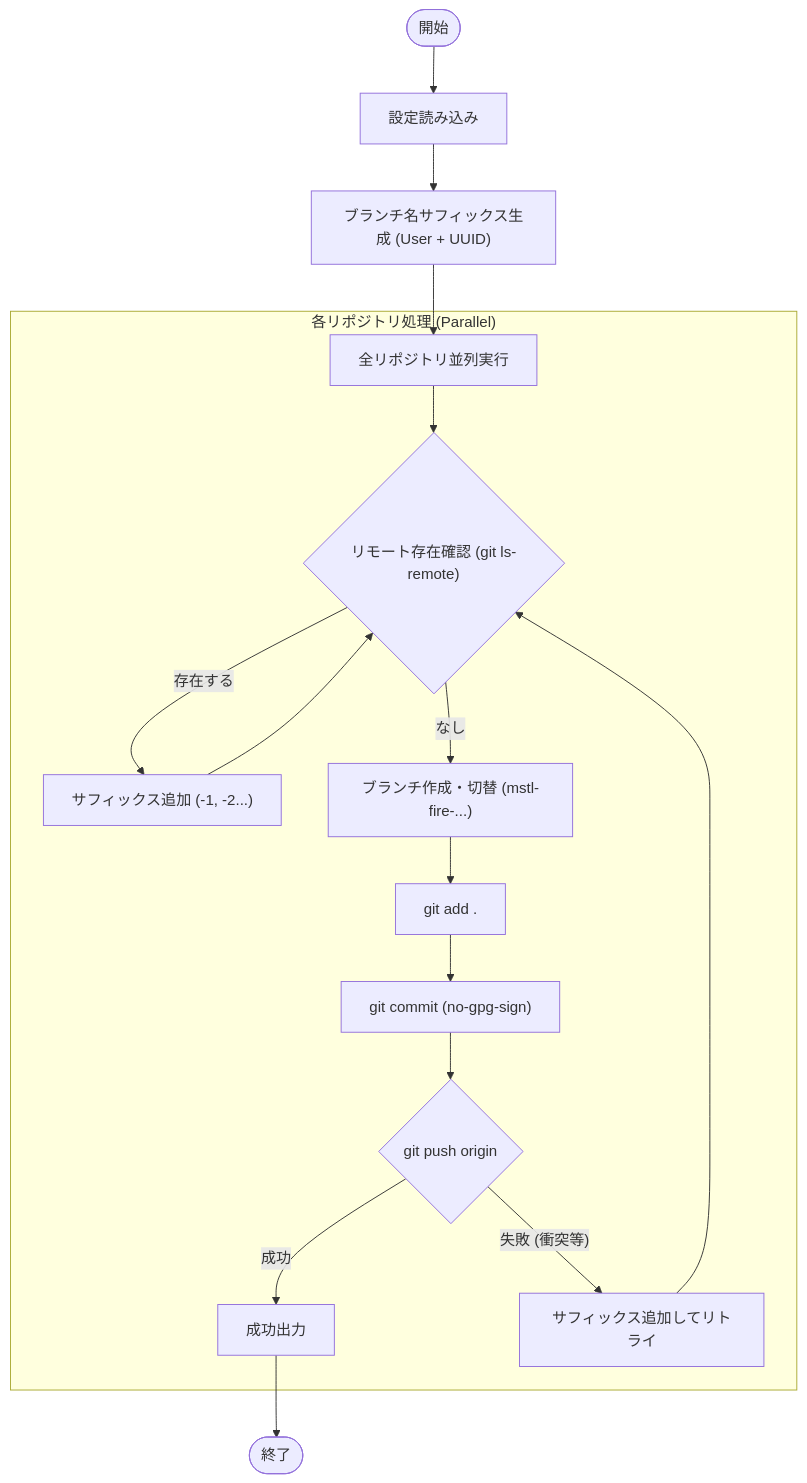
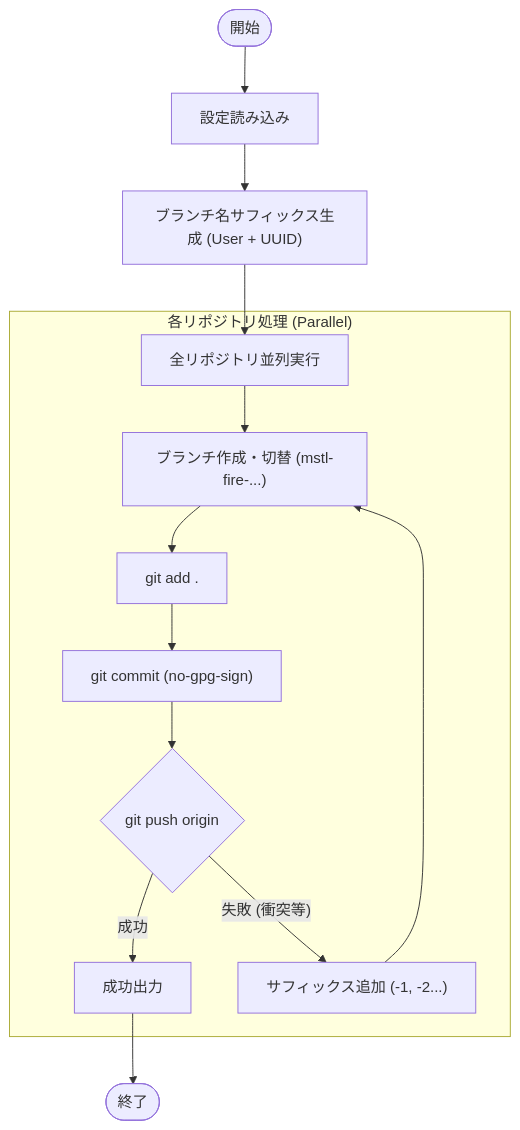
Before and after one commit to keiji/mistletoe: the diagram in docs/internal/app/fire.md, drawn with Mermaid. The commit also changed other lines of this file and 2 other files, not shown here.

First line of the commit message:
Add fire subcommand for emergency backup

````diff
--- a/docs/internal/app/fire.md
+++ b/docs/internal/app/fire.md
@@ -28,23 +28,20 @@
 ```mermaid
 flowchart TD
     Start(["開始"]) --> LoadConfig["設定読み込み"]
     LoadConfig --> GenerateSuffix["ブランチ名サフィックス生成 (User + UUID)"]
     GenerateSuffix --> ParallelExec["全リポジトリ並列実行"]
 
     subgraph "各リポジトリ処理 (Parallel)"
-        ParallelExec --> CheckRemote{"リモート存在確認 (git ls-remote)"}
-        CheckRemote -- "存在する" --> RetryName["サフィックス追加 (-1, -2...)"]
-        RetryName --> CheckRemote
-        CheckRemote -- "なし" --> CreateBranch["ブランチ作成・切替 (mstl-fire-...)"]
+        ParallelExec --> CreateBranch["ブランチ作成・切替 (mstl-fire-...)"]
 
         CreateBranch --> AddAll["git add ."]
         AddAll --> Commit["git commit (no-gpg-sign)"]
         Commit --> Push{"git push origin"}
 
         Push -- "成功" --> LogSuccess["成功出力"]
-        Push -- "失敗 (衝突等)" --> RetryPush["サフィックス追加してリトライ"]
-        RetryPush --> CheckRemote
+        Push -- "失敗 (衝突等)" --> Rename["サフィックス追加 (-1, -2...)"]
+        Rename --> CreateBranch
     end
 
     LogSuccess --> End(["終了"])
 ```
````
